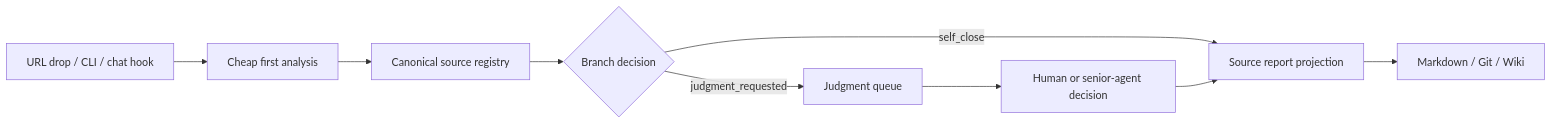
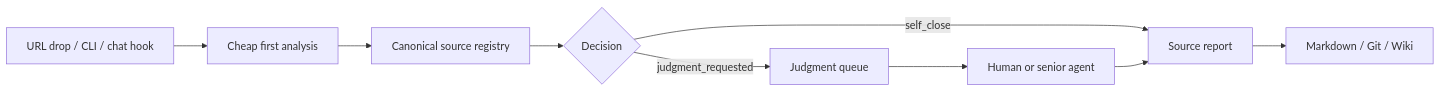
Before and after one commit to yong2bba/webpage-sorter: the diagram in README.md, drawn with Mermaid. The commit also changed other lines of this file, not shown here.

````diff
--- a/README.md
+++ b/README.md
@@ -22,11 +43,11 @@
 ```mermaid
 flowchart LR
     A[URL drop / CLI / chat hook] --> B[Cheap first analysis]
     B --> C[Canonical source registry]
-    C --> D{Branch decision}
-    D -->|self_close| E[Source report projection]
+    C --> D{Decision}
+    D -->|self_close| E[Source report]
     D -->|judgment_requested| F[Judgment queue]
-    F --> G[Human or senior-agent decision]
+    F --> G[Human or senior agent]
     G --> E
     E --> H[Markdown / Git / Wiki]
 ```
````
